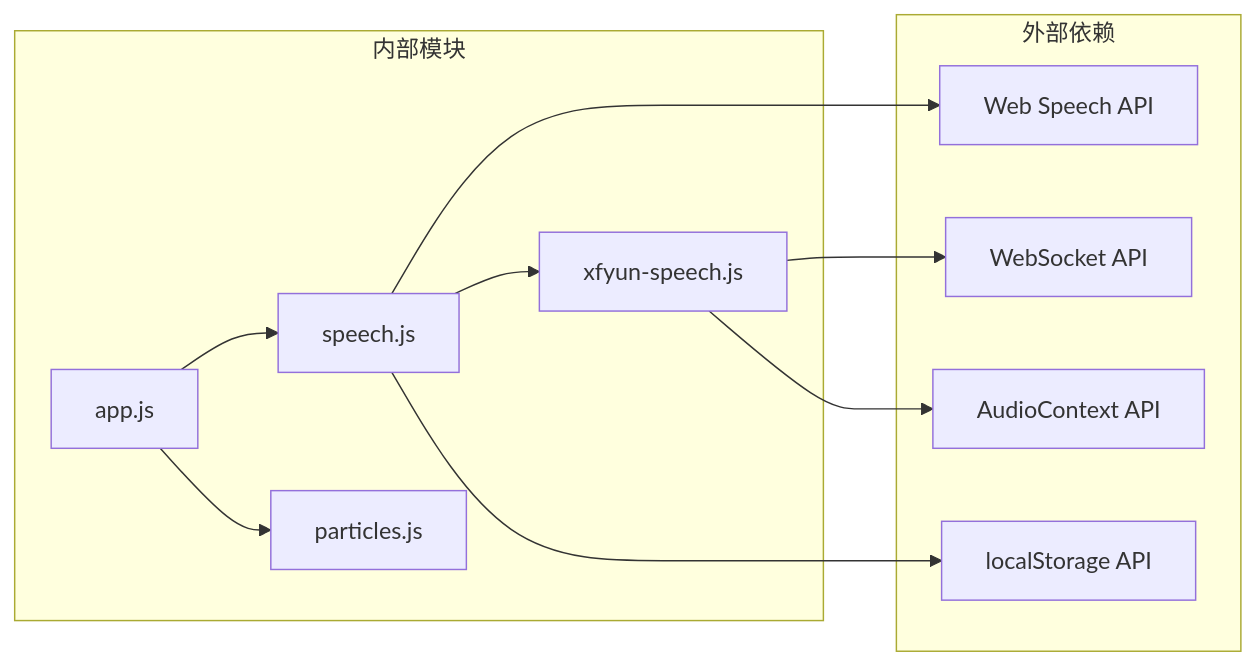
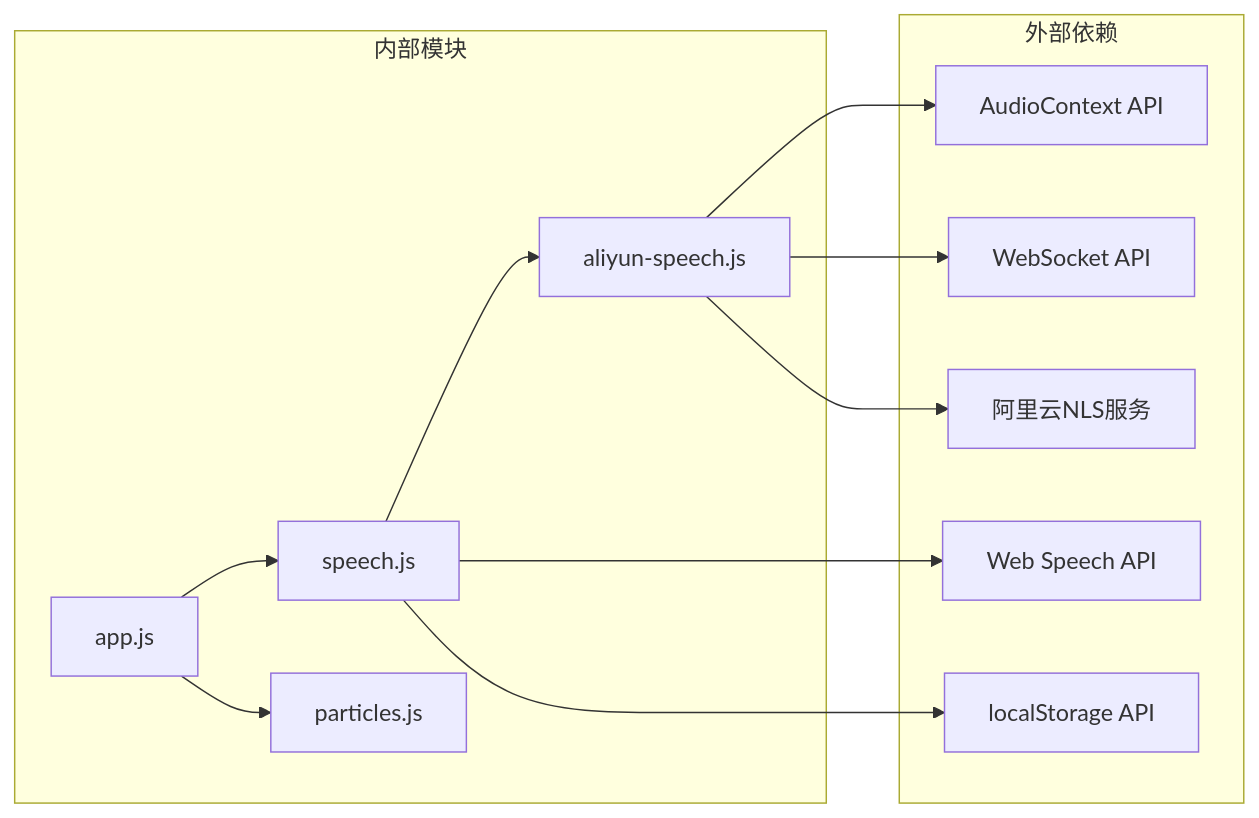
Before and after one commit to db300/MySpeechRecognition: the tenth of 10 diagrams in .qoder/repowiki/zh/content/语音识别模块详解/语音识别模块详解.md, drawn with Mermaid. The commit also changed other lines of this file and 26 other files, not shown here.

````diff
--- a/.qoder/repowiki/zh/content/语音识别模块详解/语音识别模块详解.md
+++ b/.qoder/repowiki/zh/content/语音识别模块详解/语音识别模块详解.md
@@ -370,22 +471,24 @@
 ```mermaid
 graph LR
 subgraph "外部依赖"
 WEB_API[Web Speech API]
 WEBSOCKET[WebSocket API]
 AUDIOCONTEXT[AudioContext API]
 LOCALSTORAGE[localStorage API]
+ENDPOINT[阿里云NLS服务]
 end
 subgraph "内部模块"
 APP[app.js]
 SPEECH[speech.js]
-XFYUN[xfyun-speech.js]
+ALIYUN[aliyun-speech.js]
 PARTICLES[particles.js]
 end
 APP --> SPEECH
 APP --> PARTICLES
-SPEECH --> XFYUN
-XFYUN --> AUDIOCONTEXT
-XFYUN --> WEBSOCKET
+SPEECH --> ALIYUN
+ALIYUN --> AUDIOCONTEXT
+ALIYUN --> WEBSOCKET
+ALIYUN --> ENDPOINT
 SPEECH --> WEB_API
 SPEECH --> LOCALSTORAGE
 ```
````
